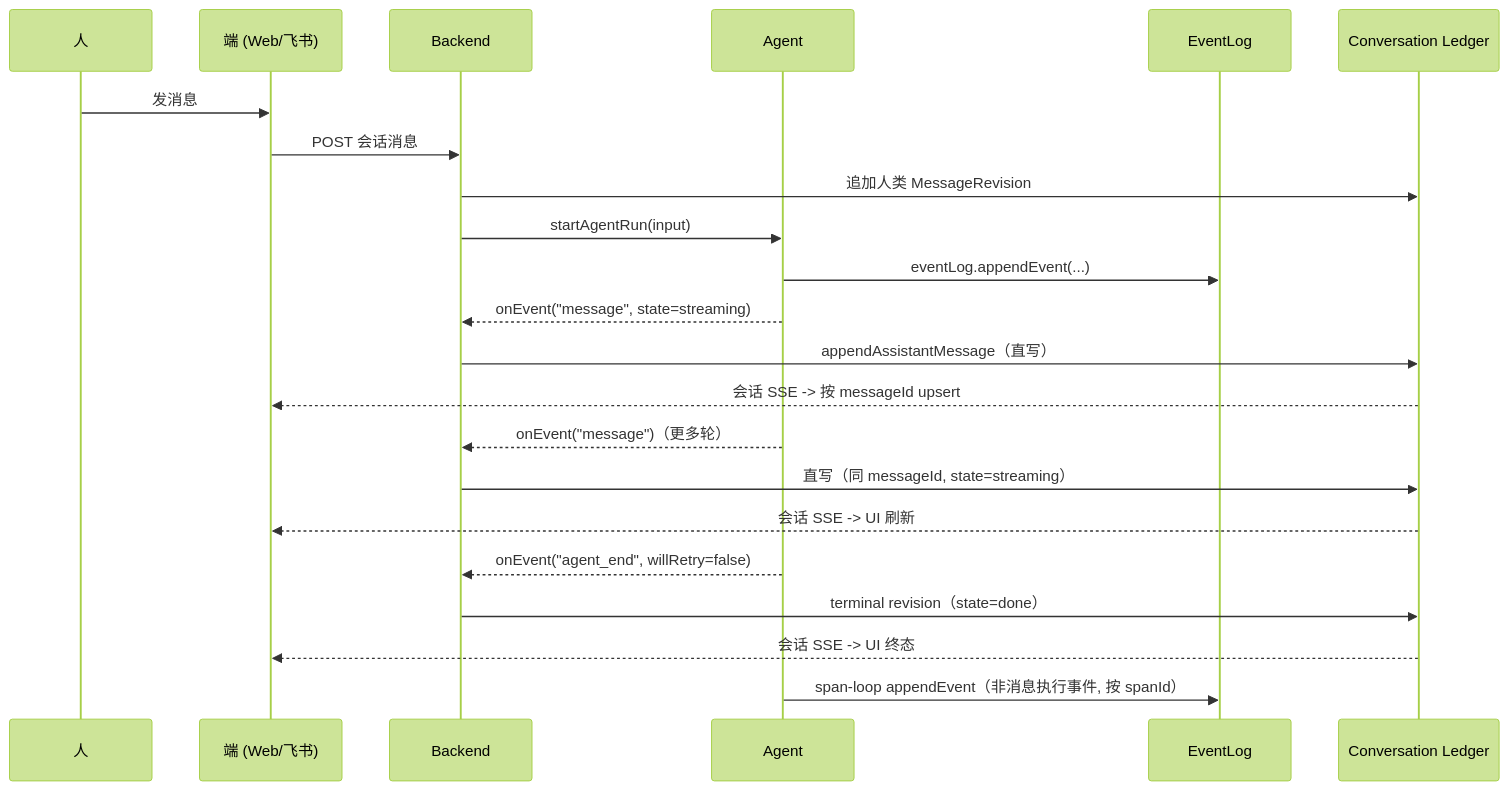
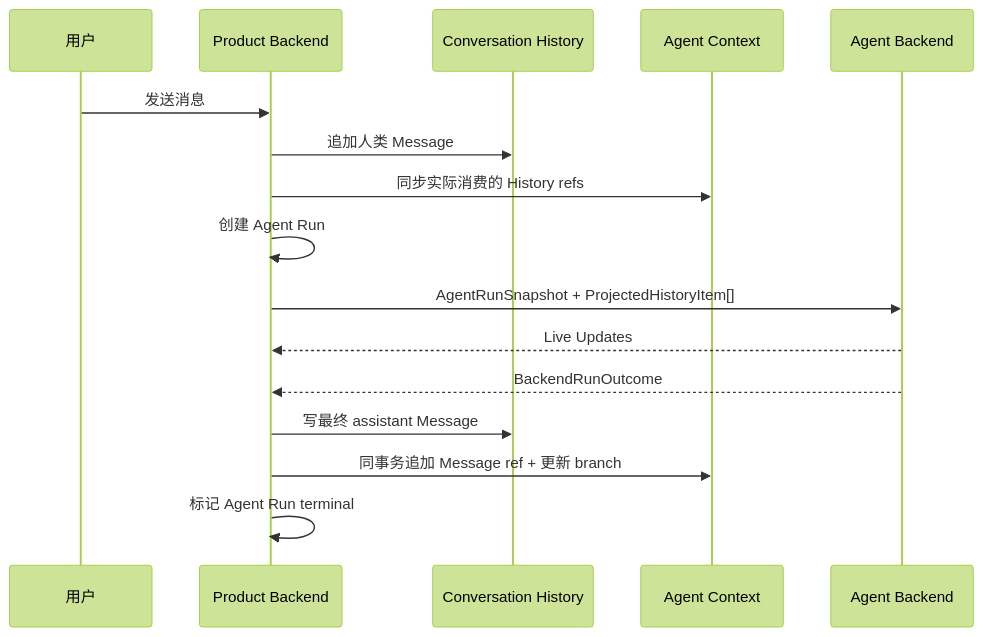
One commit to Chengchcc/my-agent-dev changed the second of 2 diagrams in docs/architecture/system-overview.md. Above: the diagram before and after it, drawn with Mermaid (forest theme). The commit also changed other lines of this file and 48 other files, not shown here.

First line of the commit message:
docs(repo): add agent-backend and coding-agent rewrite programme

````diff
--- a/docs/architecture/system-overview.md
+++ b/docs/architecture/system-overview.md
@@ -71,25 +127,19 @@
 ```mermaid
 sequenceDiagram
-  participant H as 人
-  participant S as 端 (Web/飞书)
-  participant B as Backend
-  participant AG as Agent
-  participant EL as EventLog
-  participant L as Conversation Ledger
+  participant U as 用户
+  participant P as Product Backend
+  participant H as Conversation History
+  participant C as Agent Context
+  participant B as Agent Backend
 
-  H->>S: 发消息
-  S->>B: POST 会话消息
-  B->>L: 追加人类 MessageRevision
-  B->>AG: startAgentRun(input)
-  AG->>EL: eventLog.appendEvent(...)
-  AG-->>B: onEvent("message", state=streaming)
-  B->>L: appendAssistantMessage（直写）
-  L-->>S: 会话 SSE -> 按 messageId upsert
-  AG-->>B: onEvent("message")（更多轮）
-  B->>L: 直写（同 messageId, state=streaming）
-  L-->>S: 会话 SSE -> UI 刷新
-  AG-->>B: onEvent("agent_end", willRetry=false)
-  B->>L: terminal revision（state=done）
-  L-->>S: 会话 SSE -> UI 终态
-  AG->>EL: span-loop appendEvent（非消息执行事件, 按 spanId）
+  U->>P: 发送消息
+  P->>H: 追加人类 Message
+  P->>C: 同步实际消费的 History refs
+  P->>P: 创建 Agent Run
+  P->>B: AgentRunSnapshot + ProjectedHistoryItem[]
+  B-->>P: Live Updates
+  B-->>P: BackendRunOutcome
+  P->>H: 写最终 assistant Message
+  P->>C: 同事务追加 Message ref + 更新 branch
+  P->>P: 标记 Agent Run terminal
 ```
````
